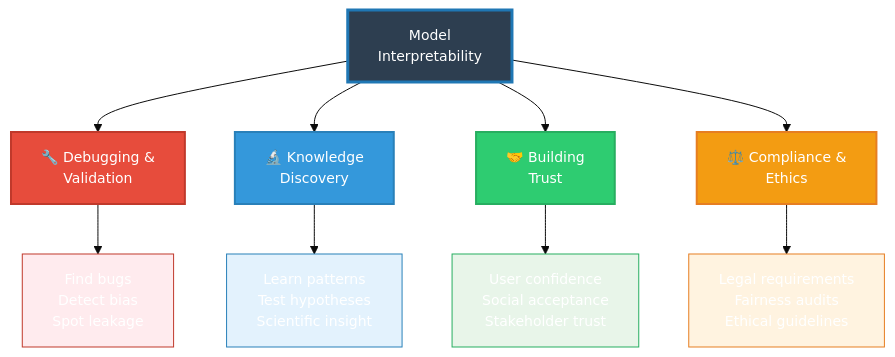
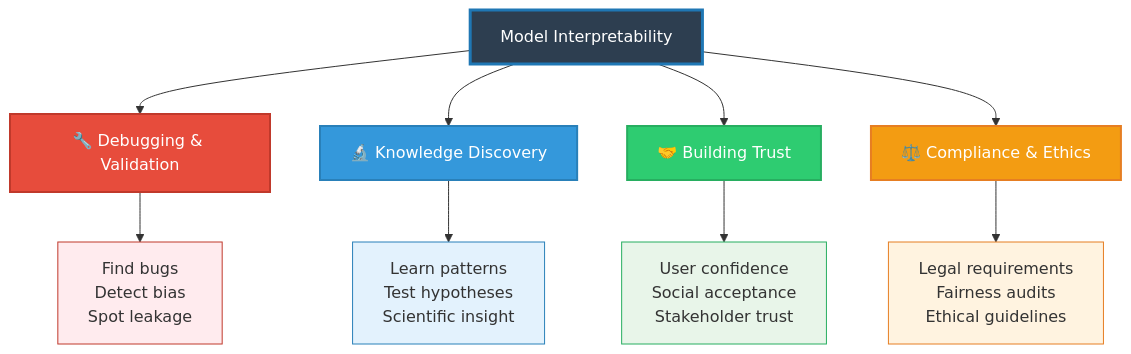
One commit to ctsilva/ctsilva.github.io changed the first of 4 diagrams in 2025-VisML-CSE/slides/week5-white-box.qmd. Above: the diagram before and after it, drawn with Mermaid. The commit also changed 1 other file, not shown here.

Commit message:
Fix spacing issues in Week 5 white-box slides for proper rendering
- Added blank lines after Key Insights header for proper bullet formatting
- Fixed GAMs Linear Model spacing for correct Quarto rendering
- Ensures consistent slide layout and proper bullet point display

````diff
--- a/2025-VisML-CSE/slides/week5-white-box.qmd
+++ b/2025-VisML-CSE/slides/week5-white-box.qmd
@@ -81,27 +81,23 @@
 ```{mermaid}
-%%{init: {'theme':'base', 'themeVariables': { 'primaryColor':'#1f77b4', 'primaryBorderColor':'#1f77b4', 'primaryTextColor':'#fff', 'fontSize':'14px'}}}%%
 graph TD
-    MI["Model<br/>Interpretability"]
+    MI[Model Interpretability]
+    MI --> D[🔧 Debugging & Validation]
+    MI --> K[🔬 Knowledge Discovery]
+    MI --> T[🤝 Building Trust]
+    MI --> C[⚖️ Compliance & Ethics]
 
-    MI --> D["🔧 Debugging &<br/>Validation"]
-    D --> D1["Find bugs<br/>Detect bias<br/>Spot leakage"]
+    D --> D1[Find bugs<br/>Detect bias<br/>Spot leakage]
+    K --> K1[Learn patterns<br/>Test hypotheses<br/>Scientific insight]
+    T --> T1[User confidence<br/>Social acceptance<br/>Stakeholder trust]
+    C --> C1[Legal requirements<br/>Fairness audits<br/>Ethical guidelines]
 
-    MI --> K["🔬 Knowledge<br/>Discovery"]
-    K --> K1["Learn patterns<br/>Test hypotheses<br/>Scientific insight"]
-
-    MI --> T["🤝 Building<br/>Trust"]
-    T --> T1["User confidence<br/>Social acceptance<br/>Stakeholder trust"]
-
-    MI --> C["⚖️ Compliance &<br/>Ethics"]
-    C --> C1["Legal requirements<br/>Fairness audits<br/>Ethical guidelines"]
-
-    style MI fill:#2d3e50,stroke:#1f77b4,stroke-width:3px,color:#fff,text-align:center
-    style D fill:#e74c3c,stroke:#c0392b,stroke-width:2px,color:#fff,text-align:center
-    style K fill:#3498db,stroke:#2980b9,stroke-width:2px,color:#fff,text-align:center
-    style T fill:#2ecc71,stroke:#27ae60,stroke-width:2px,color:#fff,text-align:center
-    style C fill:#f39c12,stroke:#e67e22,stroke-width:2px,color:#fff,text-align:center
-    style D1 fill:#ffebee,stroke:#c0392b,stroke-width:1px,text-align:center
-    style K1 fill:#e3f2fd,stroke:#2980b9,stroke-width:1px,text-align:center
-    style T1 fill:#e8f5e9,stroke:#27ae60,stroke-width:1px,text-align:center
-    style C1 fill:#fff3e0,stroke:#e67e22,stroke-width:1px,text-align:center
+    style MI fill:#2d3e50,stroke:#1f77b4,stroke-width:3px,color:#fff
+    style D fill:#e74c3c,stroke:#c0392b,stroke-width:2px,color:#fff
+    style K fill:#3498db,stroke:#2980b9,stroke-width:2px,color:#fff
+    style T fill:#2ecc71,stroke:#27ae60,stroke-width:2px,color:#fff
+    style C fill:#f39c12,stroke:#e67e22,stroke-width:2px,color:#fff
+    style D1 fill:#ffebee,stroke:#c0392b,stroke-width:1px,color:#333
+    style K1 fill:#e3f2fd,stroke:#2980b9,stroke-width:1px,color:#333
+    style T1 fill:#e8f5e9,stroke:#27ae60,stroke-width:1px,color:#333
+    style C1 fill:#fff3e0,stroke:#e67e22,stroke-width:1px,color:#333
 ```
````
